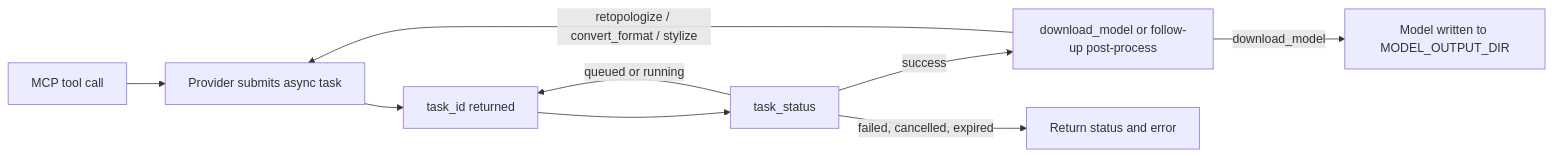
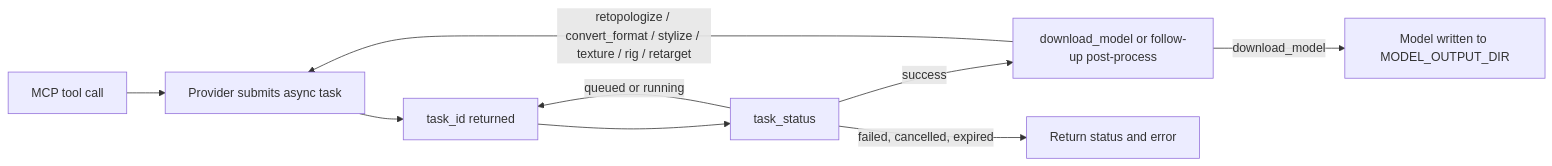
One commit to mordor-forge/trident-mcp changed the second of 2 diagrams in ARCHITECTURE.md. Above: the diagram before and after it, drawn with Mermaid. The commit also changed other lines of this file and 20 other files, not shown here.

````diff
--- a/ARCHITECTURE.md
+++ b/ARCHITECTURE.md
@@ -27,11 +34,11 @@
 ```mermaid
 flowchart LR
     toolCall["MCP tool call"] --> submit["Provider submits async task"]
     submit --> taskId["task_id returned"]
     taskId --> poll["task_status"]
     poll -->|"queued or running"| taskId
     poll -->|"success"| nextStep["download_model or follow-up post-process"]
     poll -->|"failed, cancelled, expired"| surfaceError["Return status and error"]
-    nextStep -->|"retopologize / convert_format / stylize"| submit
+    nextStep -->|"retopologize / convert_format / stylize / texture / rig / retarget"| submit
     nextStep -->|"download_model"| savedFile["Model written to MODEL_OUTPUT_DIR"]
 ```
````
